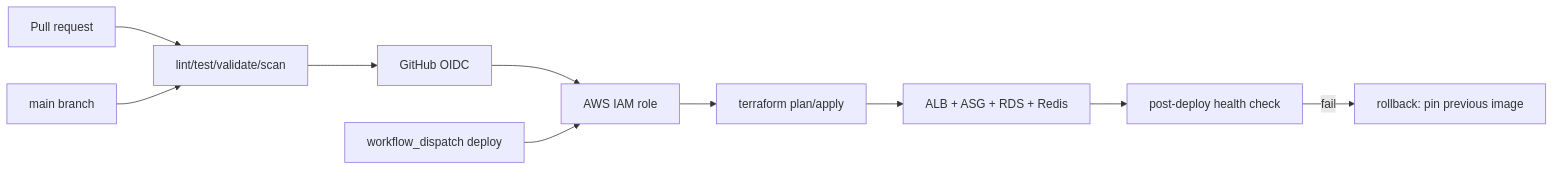
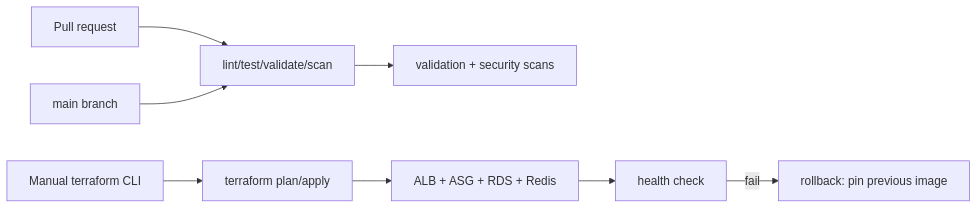
The diagram in docs/DEPLOYMENT.md (RIT-MESH/sre-reliability-platform), drawn with Mermaid before and after one commit. The commit also changed other lines of this file and 4 other files, not shown here.

First line of the commit message:
ci: harden Trivy to fail on HIGH/CRITICAL and drop AWS deploy workflow

````diff
--- a/docs/DEPLOYMENT.md
+++ b/docs/DEPLOYMENT.md
@@ -66,12 +77,10 @@
 ```mermaid
 flowchart LR
   PR[Pull request] --> CI[lint/test/validate/scan]
   Main[main branch] --> CI
-  CI --> OIDC[GitHub OIDC]
-  OIDC --> Role[AWS IAM role]
-  Workflow[workflow_dispatch deploy] --> Role
-  Role --> TF[terraform plan/apply]
+  CI --> Green[validation + security scans]
+  Manual[Manual terraform CLI] --> TF[terraform plan/apply]
   TF --> ALB[ALB + ASG + RDS + Redis]
-  ALB --> Health[post-deploy health check]
+  ALB --> Health[health check]
   Health -->|fail| Rollback[rollback: pin previous image]
 ```
````
